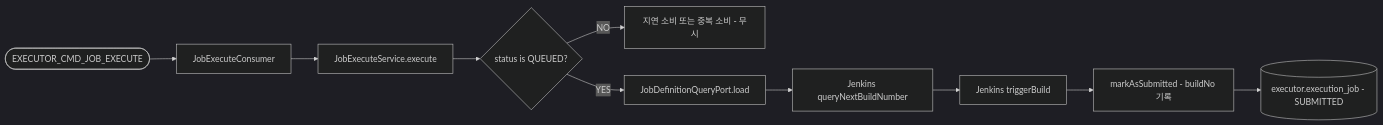
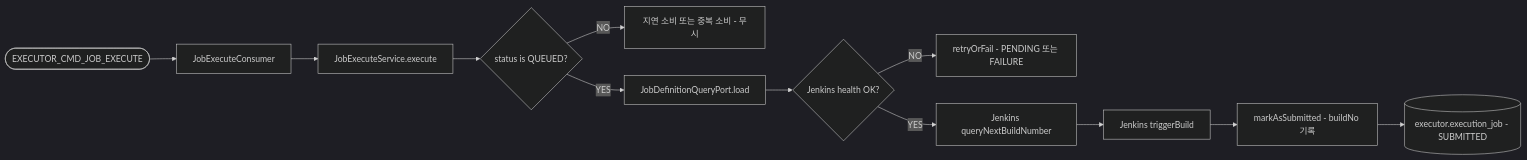
Before and after one commit to scofe97/Redpanda-PlayGround: the diagram in executor/docs/use-cases/03-execute-job.md, drawn with Mermaid (dark theme). The commit also changed other lines of this file and 38 other files, not shown here.

````diff
--- a/executor/docs/use-cases/03-execute-job.md
+++ b/executor/docs/use-cases/03-execute-job.md
@@ -13,12 +13,14 @@
 ```mermaid
 flowchart LR
     A([EXECUTOR_CMD_JOB_EXECUTE]) --> B[JobExecuteConsumer]
     B --> C[JobExecuteService.execute]
     C --> D{status is QUEUED?}
     D -->|NO| E[지연 소비 또는 중복 소비 - 무시]
     D -->|YES| F[JobDefinitionQueryPort.load]
-    F --> G[Jenkins queryNextBuildNumber]
-    G --> H[Jenkins triggerBuild]
-    H --> I[markAsSubmitted - buildNo 기록]
-    I --> J[(executor.execution_job - SUBMITTED)]
+    F --> G{Jenkins health OK?}
+    G -->|NO| H[retryOrFail - PENDING 또는 FAILURE]
+    G -->|YES| I[Jenkins queryNextBuildNumber]
+    I --> J[Jenkins triggerBuild]
+    J --> K[markAsSubmitted - buildNo 기록]
+    K --> L[(executor.execution_job - SUBMITTED)]
 ```
````
